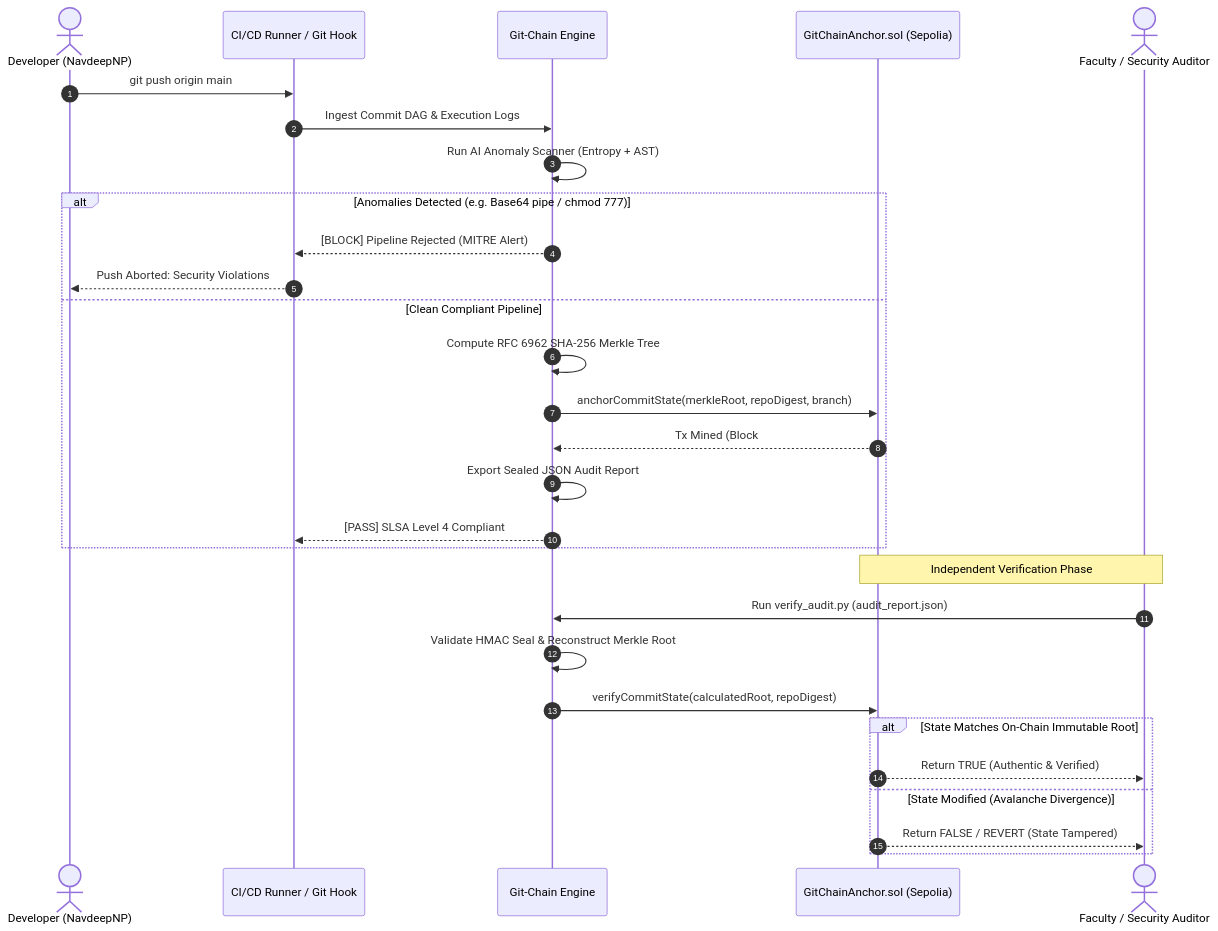
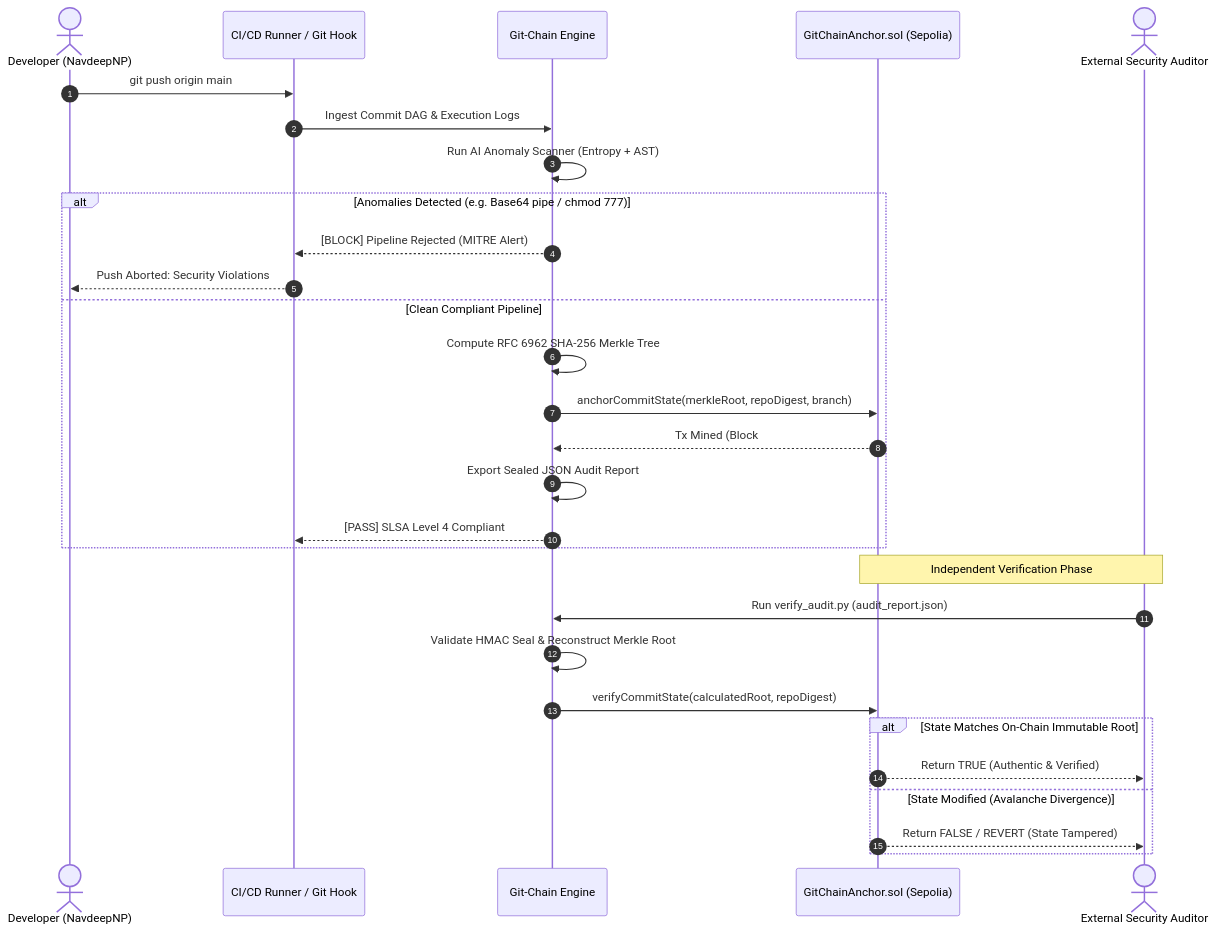
Before and after one commit to NavdeepNP/git-chain-core: the diagram in docs/ARCHITECTURE.md, drawn with Mermaid. The commit also changed 5 other files, not shown here.

````diff
--- a/docs/ARCHITECTURE.md
+++ b/docs/ARCHITECTURE.md
@@ -50,33 +50,33 @@
 ```mermaid
 sequenceDiagram
     autonumber
     actor Dev as Developer (NavdeepNP)
     participant CI as CI/CD Runner / Git Hook
     participant GC as Git-Chain Engine
     participant SC as GitChainAnchor.sol (Sepolia)
-    actor Auditor as Faculty / Security Auditor
+    actor Auditor as External Security Auditor
 
     Dev->>CI: git push origin main
     CI->>GC: Ingest Commit DAG & Execution Logs
     GC->>GC: Run AI Anomaly Scanner (Entropy + AST)
     alt Anomalies Detected (e.g. Base64 pipe / chmod 777)
         GC-->>CI: [BLOCK] Pipeline Rejected (MITRE Alert)
         CI-->>Dev: Push Aborted: Security Violations
     else Clean Compliant Pipeline
         GC->>GC: Compute RFC 6962 SHA-256 Merkle Tree
         GC->>SC: anchorCommitState(merkleRoot, repoDigest, branch)
         SC-->>GC: Tx Mined (Block #21,849,248 | Gas: 48,219)
         GC->>GC: Export Sealed JSON Audit Report
         GC-->>CI: [PASS] SLSA Level 4 Compliant
     end
 
     Note over Auditor,SC: Independent Verification Phase
     Auditor->>GC: Run verify_audit.py (audit_report.json)
     GC->>GC: Validate HMAC Seal & Reconstruct Merkle Root
     GC->>SC: verifyCommitState(calculatedRoot, repoDigest)
     alt State Matches On-Chain Immutable Root
         SC-->>Auditor: Return TRUE (Authentic & Verified)
     else State Modified (Avalanche Divergence)
         SC-->>Auditor: Return FALSE / REVERT (State Tampered)
     end
 ```
````
